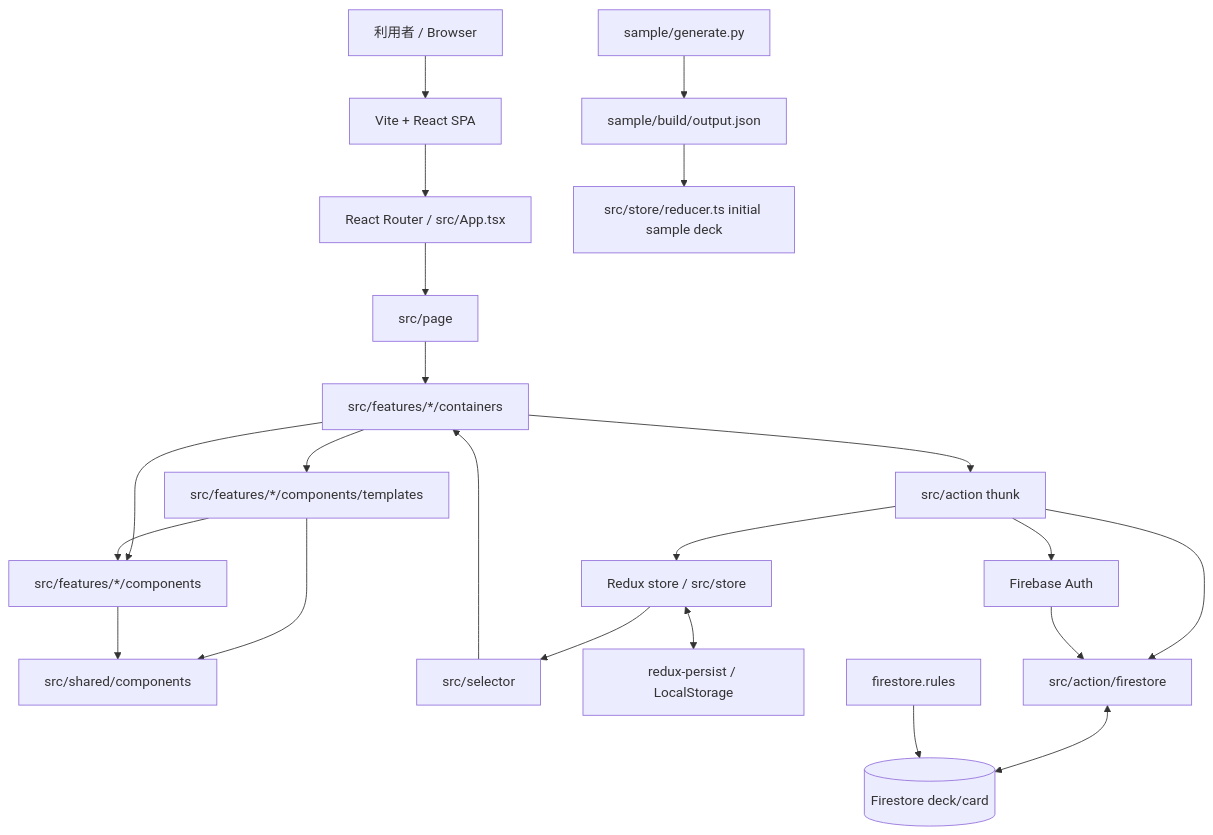
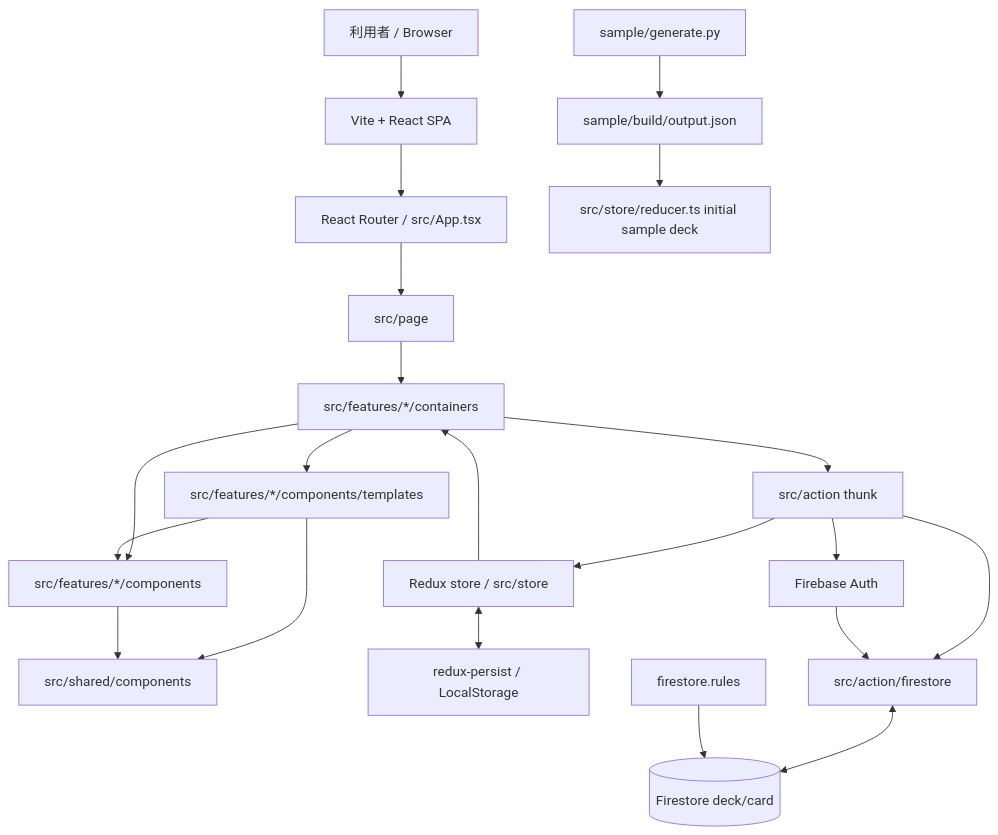
The first of 3 diagrams in docs/summary/architecture.md (her0e1c1/tango), drawn with Mermaid before and after one commit. The commit also changed 26 other files, not shown here.

````diff
--- a/docs/summary/architecture.md
+++ b/docs/summary/architecture.md
@@ -5,28 +5,27 @@
 ```mermaid
 flowchart TD
     User[利用者 / Browser] --> SPA[Vite + React SPA]
     SPA --> Router[React Router / src/App.tsx]
     Router --> Pages[src/page]
     Pages --> Containers[src/features/*/containers]
     Containers --> Templates[src/features/*/components/templates]
     Containers --> FeatureUI[src/features/*/components]
     Templates --> FeatureUI
     Templates --> SharedUI[src/shared/components]
     FeatureUI --> SharedUI
 
     Containers --> Actions[src/action thunk]
     Actions --> Store[Redux store / src/store]
-    Store --> Selectors[src/selector]
-    Selectors --> Containers
+    Store --> Containers
     Store <--> Persist[redux-persist / LocalStorage]
 
     Actions --> FirebaseAuth[Firebase Auth]
     Actions --> FirestoreGateway[src/action/firestore]
     FirestoreGateway <--> Firestore[(Firestore deck/card)]
     FirebaseAuth --> FirestoreGateway
 
     SamplePy[sample/generate.py] --> SampleJson[sample/build/output.json]
     SampleJson --> Reducer[src/store/reducer.ts initial sample deck]
 
     FirestoreRules[firestore.rules] --> Firestore
 ```
````
